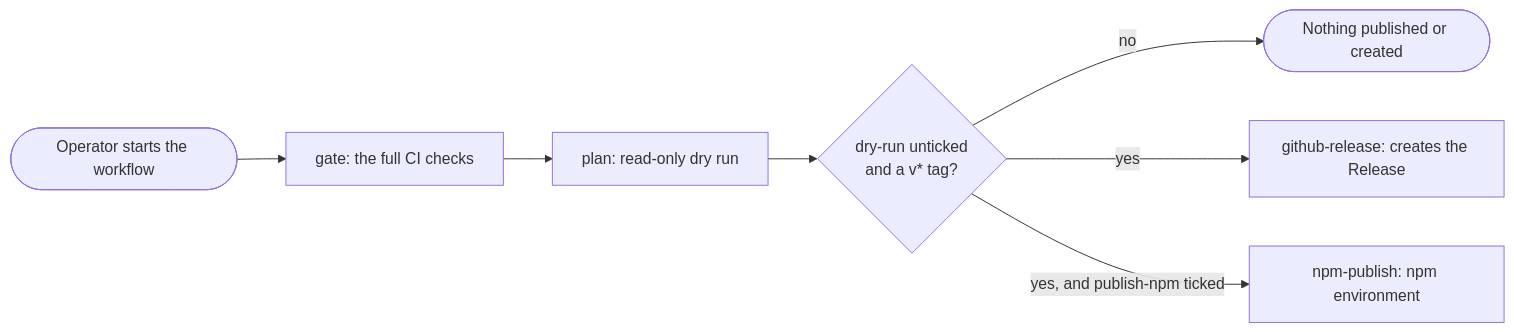
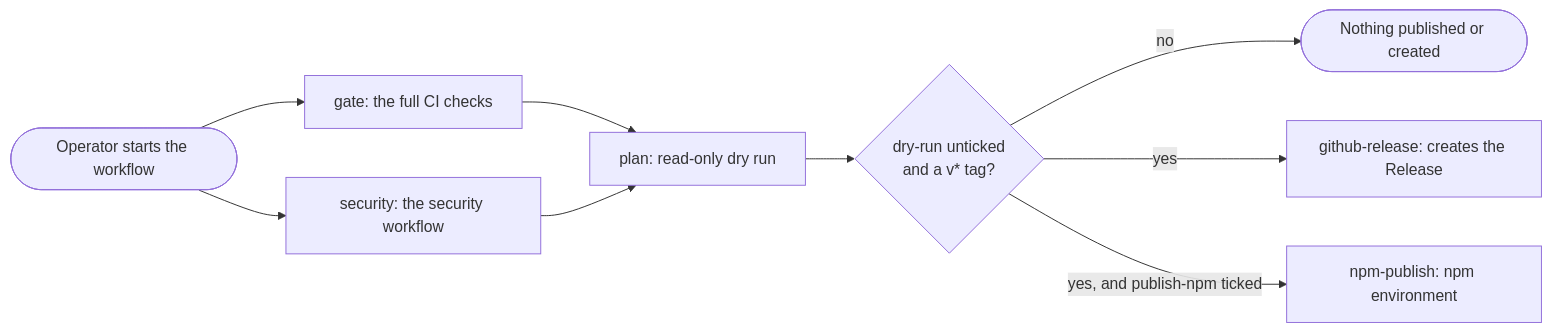
One commit to SATUNIX/luna changed the diagram in docs/releasing.md. Above: the diagram before and after it, drawn with Mermaid. The commit also changed other lines of this file and 306 other files, not shown here.

````diff
--- a/docs/releasing.md
+++ b/docs/releasing.md
@@ -88,9 +91,11 @@
 ```mermaid
 flowchart LR
     start([Operator starts the workflow]) --> gate[gate: the full CI checks]
+    start --> sec[security: the security workflow]
     gate --> plan[plan: read-only dry run]
+    sec --> plan
     plan --> q{dry-run unticked<br/>and a v* tag?}
     q -->|no| done([Nothing published or created])
     q -->|yes| rel[github-release: creates the Release]
     q -->|yes, and publish-npm ticked| npm[npm-publish: npm environment]
 ```
````
